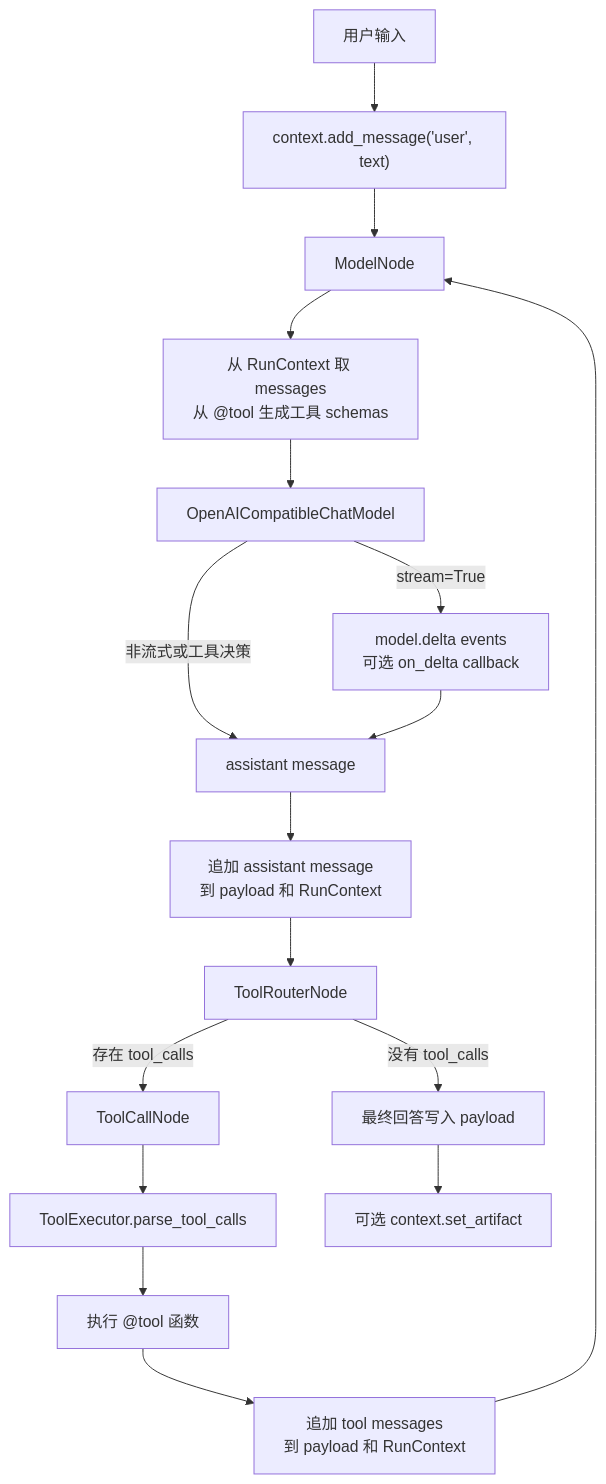
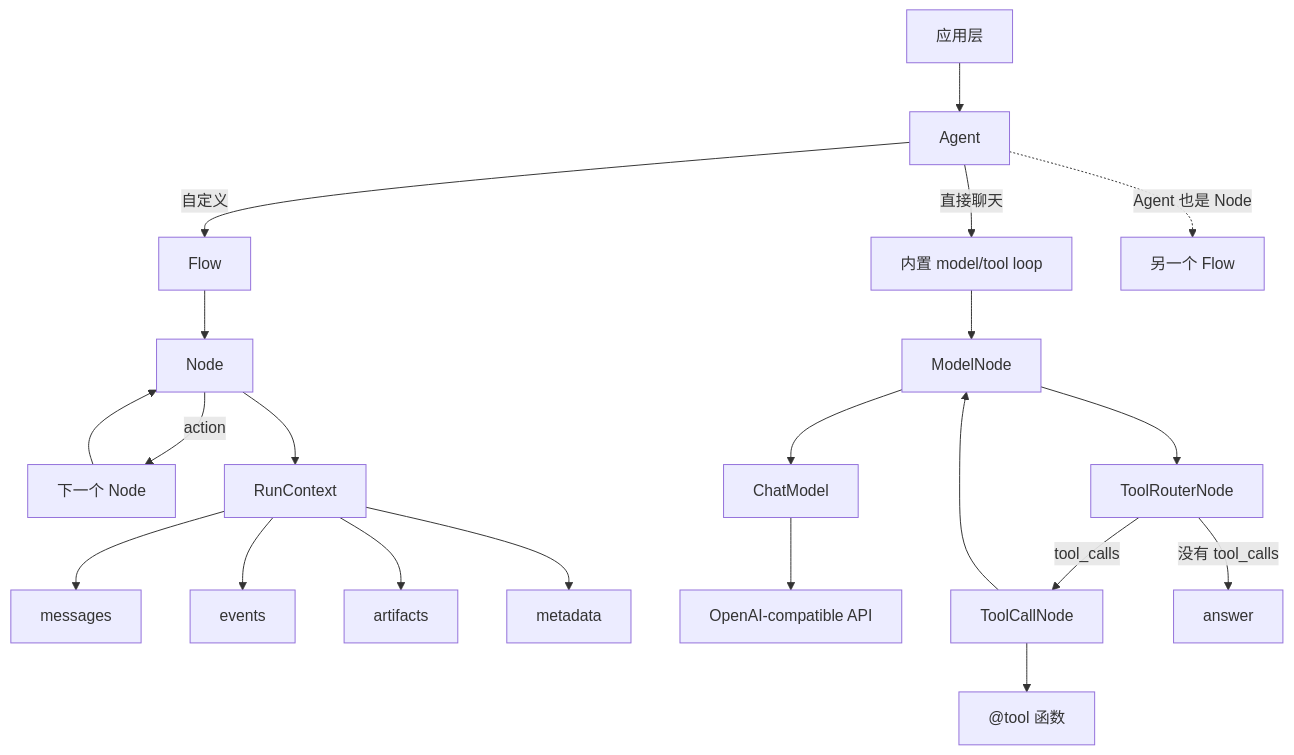
The diagram in README.zh-CN.md (Lancetwang/agent-core-runtime), drawn with Mermaid before and after one commit. The commit also changed other lines of this file and 17 other files, not shown here.

````diff
--- a/README.zh-CN.md
+++ b/README.zh-CN.md
@@ -61,21 +22,26 @@
 ```mermaid
 flowchart TD
-    User["用户输入"] --> AddUser["context.add_message('user', text)"]
-    AddUser --> ModelNode["ModelNode"]
-    ModelNode --> BuildRequest["从 RunContext 取 messages<br/>从 @tool 生成工具 schemas"]
-    BuildRequest --> Adapter["OpenAICompatibleChatModel"]
-    Adapter -->|"非流式或工具决策"| AssistantMessage["assistant message"]
-    Adapter -->|"stream=True"| Delta["model.delta events<br/>可选 on_delta callback"]
-    Delta --> AssistantMessage
-    AssistantMessage --> StoreAssistant["追加 assistant message<br/>到 payload 和 RunContext"]
-    StoreAssistant --> Router["ToolRouterNode"]
+    App["应用层"] --> Agent["Agent"]
+    Agent -->|"直接聊天"| BuiltIn["内置 model/tool loop"]
+    Agent -->|"自定义"| Flow["Flow"]
+    Agent -. "Agent 也是 Node" .-> OuterFlow["另一个 Flow"]
 
-    Router -->|"存在 tool_calls"| ToolNode["ToolCallNode"]
-    ToolNode --> ParseCalls["ToolExecutor.parse_tool_calls"]
-    ParseCalls --> ExecuteTools["执行 @tool 函数"]
-    ExecuteTools --> ToolMessages["追加 tool messages<br/>到 payload 和 RunContext"]
-    ToolMessages --> ModelNode
+    Flow --> Node["Node"]
+    Node -->|"action"| Next["下一个 Node"]
+    Next --> Node
 
-    Router -->|"没有 tool_calls"| Final["最终回答写入 payload"]
-    Final --> Artifact["可选 context.set_artifact"]
+    Node --> Context["RunContext"]
+    Context --> Messages["messages"]
+    Context --> Events["events"]
+    Context --> Artifacts["artifacts"]
+    Context --> Metadata["metadata"]
+
+    BuiltIn --> ModelNode["ModelNode"]
+    ModelNode --> ChatModel["ChatModel"]
+    ChatModel --> OpenAI["OpenAI-compatible API"]
+    ModelNode --> Router["ToolRouterNode"]
+    Router -->|"tool_calls"| ToolNode["ToolCallNode"]
+    ToolNode --> Tools["@tool 函数"]
+    ToolNode --> ModelNode
+    Router -->|"没有 tool_calls"| Answer["answer"]
 ```
````
